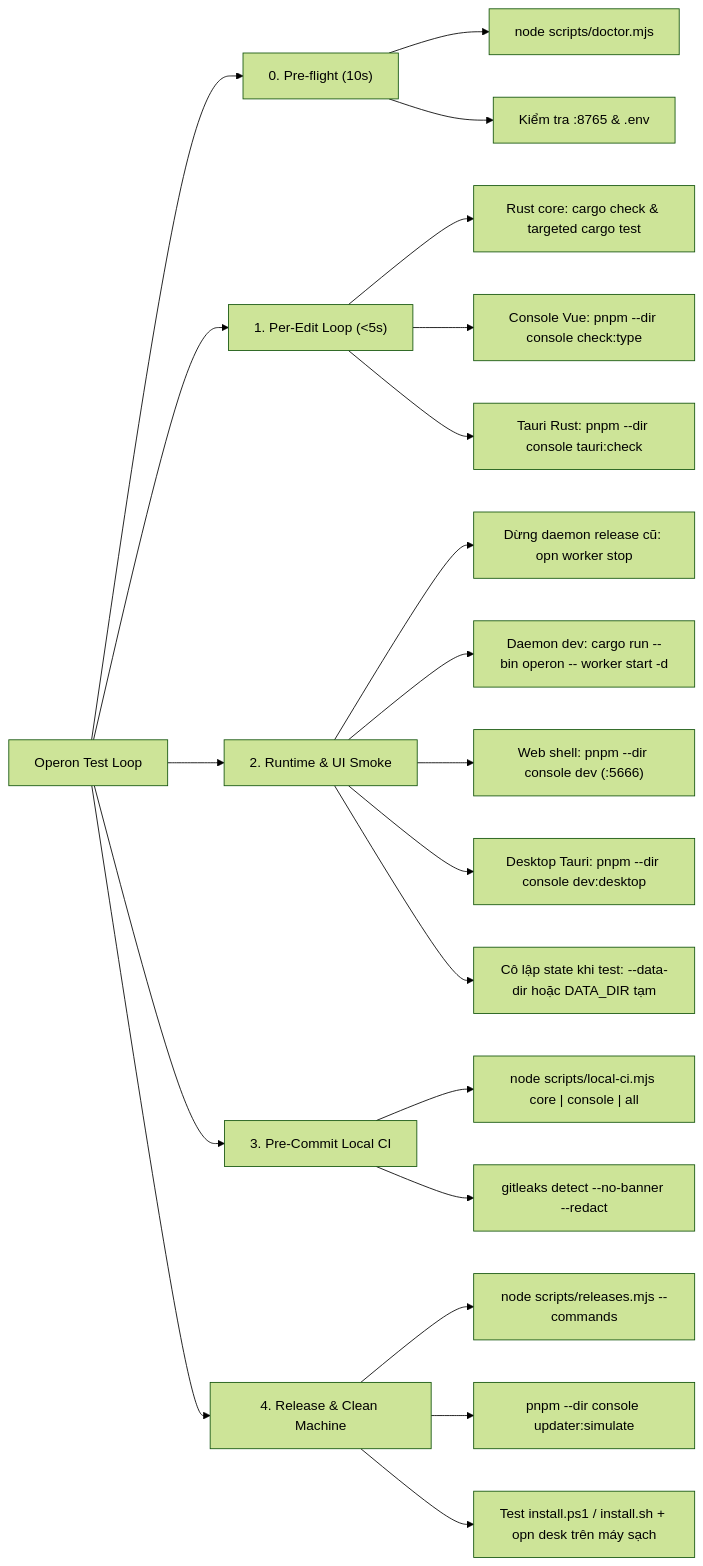
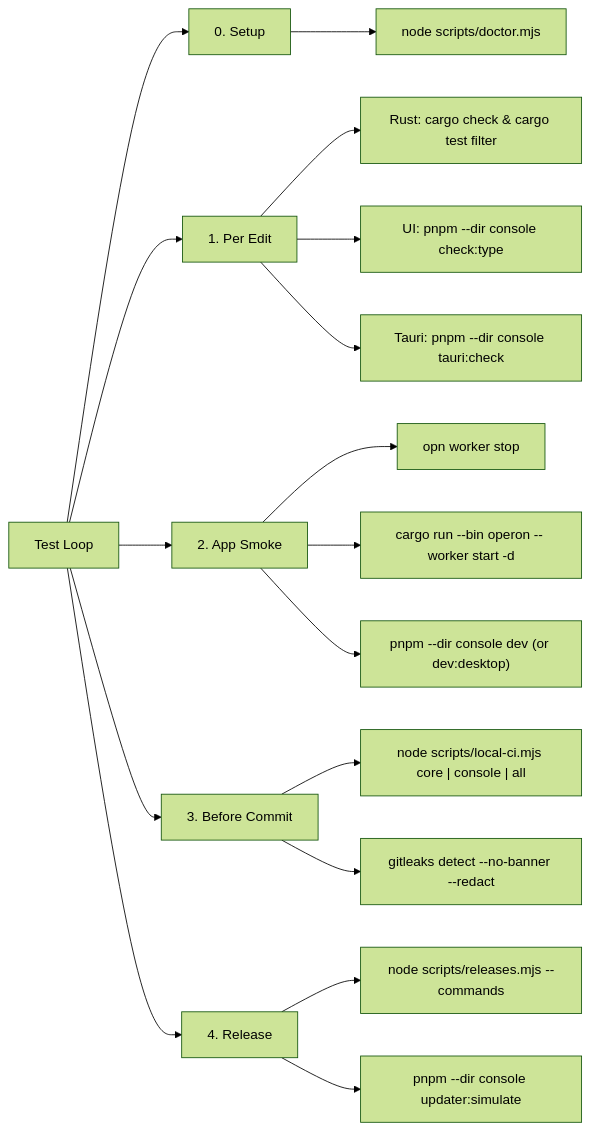
Before and after one commit to tuquet/operon: the diagram in TESTING.md, drawn with Mermaid (forest theme). The commit also changed other lines of this file, not shown here.

````diff
--- a/TESTING.md
+++ b/TESTING.md
@@ -7,28 +7,24 @@
 ```mermaid
 flowchart LR
-  Root["Operon Test Loop"] --> T0["0. Pre-flight (10s)"]
-  Root --> T1["1. Per-Edit Loop (<5s)"]
-  Root --> T2["2. Runtime & UI Smoke"]
-  Root --> T3["3. Pre-Commit Local CI"]
-  Root --> T4["4. Release & Clean Machine"]
+  Test["Test Loop"] --> Setup["0. Setup"]
+  Test --> Edit["1. Per Edit"]
+  Test --> Run["2. App Smoke"]
+  Test --> Ship["3. Before Commit"]
+  Test --> Release["4. Release"]
 
-  T0 --> T0A["node scripts/doctor.mjs"]
-  T0 --> T0B["Kiểm tra :8765 & .env"]
+  Setup --> S1["node scripts/doctor.mjs"]
 
-  T1 --> T1R["Rust core: cargo check & targeted cargo test"]
-  T1 --> T1C["Console Vue: pnpm --dir console check:type"]
-  T1 --> T1D["Tauri Rust: pnpm --dir console tauri:check"]
+  Edit --> E1["Rust: cargo check & cargo test filter"]
+  Edit --> E2["UI: pnpm --dir console check:type"]
+  Edit --> E3["Tauri: pnpm --dir console tauri:check"]
 
-  T2 --> T2S["Dừng daemon release cũ: opn worker stop"]
-  T2 --> T2D["Daemon dev: cargo run --bin operon -- worker start -d"]
-  T2 --> T2W["Web shell: pnpm --dir console dev (:5666)"]
-  T2 --> T2T["Desktop Tauri: pnpm --dir console dev:desktop"]
-  T2 --> T2I["Cô lập state khi test: --data-dir hoặc DATA_DIR tạm"]
+  Run --> R1["opn worker stop"]
+  Run --> R2["cargo run --bin operon -- worker start -d"]
+  Run --> R3["pnpm --dir console dev (or dev:desktop)"]
 
-  T3 --> T3C["node scripts/local-ci.mjs core | console | all"]
-  T3 --> T3S["gitleaks detect --no-banner --redact"]
+  Ship --> C1["node scripts/local-ci.mjs core | console | all"]
+  Ship --> C2["gitleaks detect --no-banner --redact"]
 
-  T4 --> T4V["node scripts/releases.mjs --commands"]
-  T4 --> T4U["pnpm --dir console updater:simulate"]
-  T4 --> T4P["Test install.ps1 / install.sh + opn desk trên máy sạch"]
+  Release --> L1["node scripts/releases.mjs --commands"]
+  Release --> L2["pnpm --dir console updater:simulate"]
 ```
````
